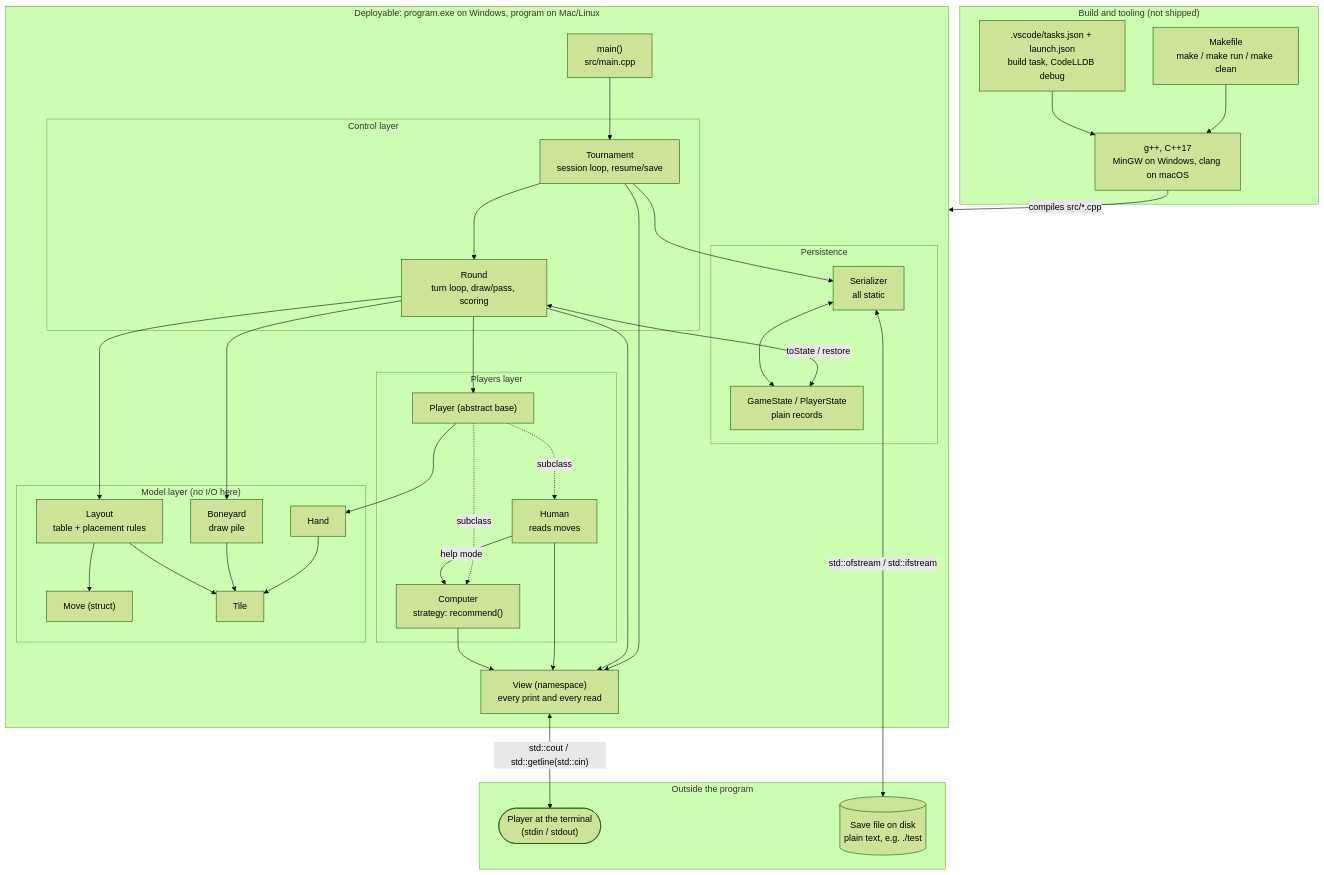
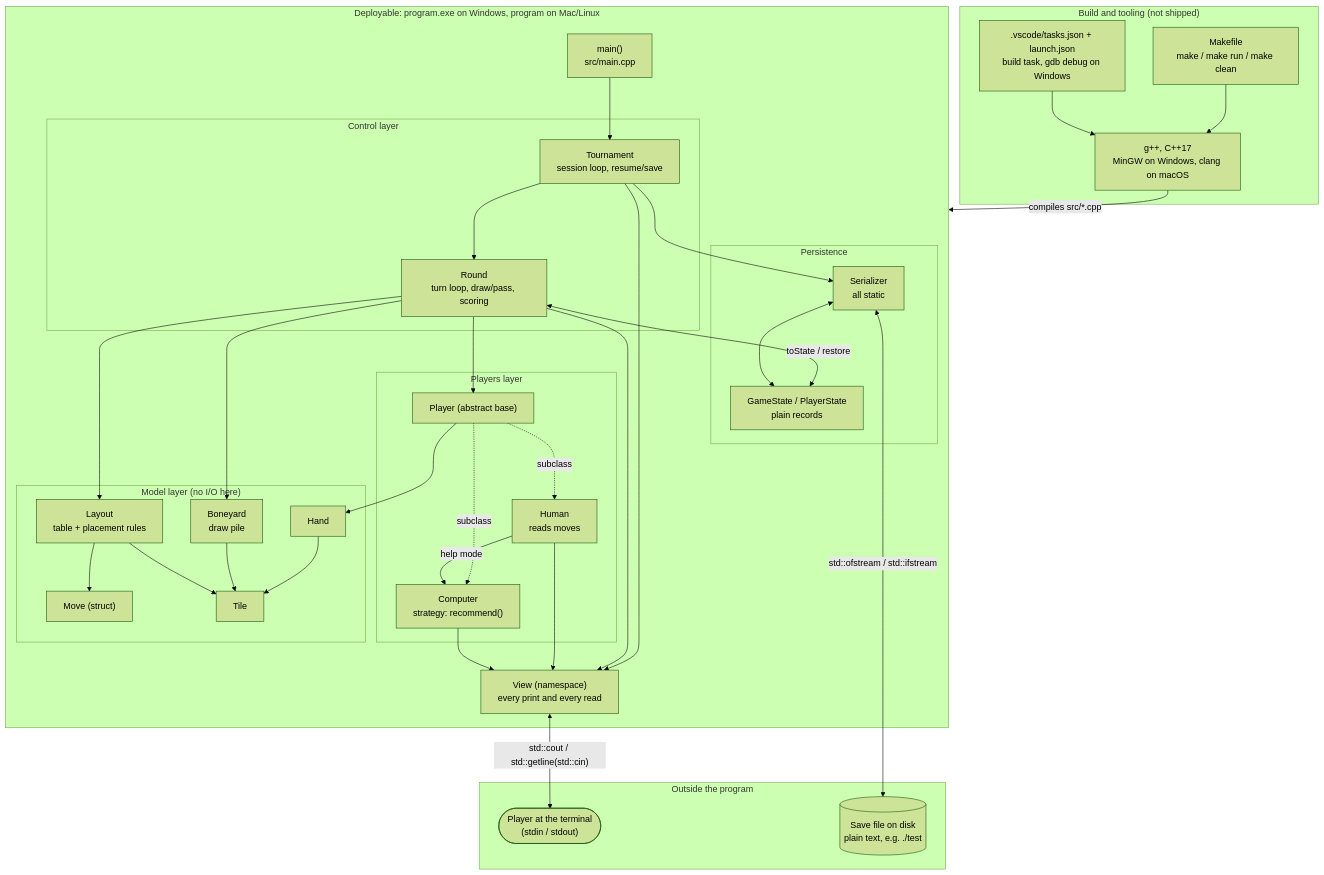
Before and after one commit to rome8721/Ahmed_Hira: the first of 3 diagrams in onboarding/diagrams/architecture.md, drawn with Mermaid (forest theme). The commit also changed 4 other files, not shown here.

````diff
--- a/onboarding/diagrams/architecture.md
+++ b/onboarding/diagrams/architecture.md
@@ -9,71 +9,71 @@
 ```mermaid
 flowchart TB
     subgraph OUTSIDE["Outside the program"]
         USER(["Player at the terminal<br/>(stdin / stdout)"])
         FILE[("Save file on disk<br/>plain text, e.g. ./test")]
     end
 
     subgraph BUILD["Build and tooling (not shipped)"]
         MK["Makefile<br/>make / make run / make clean"]
-        VSC[".vscode/tasks.json + launch.json<br/>build task, CodeLLDB debug"]
+        VSC[".vscode/tasks.json + launch.json<br/>build task, gdb debug on Windows"]
         CXX["g++, C++17<br/>MinGW on Windows, clang on macOS"]
         MK --> CXX
         VSC --> CXX
     end
 
     CXX -->|"compiles src/*.cpp"| EXE
 
     subgraph EXE["Deployable: program.exe on Windows, program on Mac/Linux"]
         MAIN["main()<br/>src/main.cpp"]
 
         subgraph CONTROL["Control layer"]
             TOUR["Tournament<br/>session loop, resume/save"]
             ROUND["Round<br/>turn loop, draw/pass, scoring"]
         end
 
         subgraph PLAYERS["Players layer"]
             PLAYER["Player (abstract base)"]
             HUMAN["Human<br/>reads moves"]
             COMP["Computer<br/>strategy: recommend()"]
         end
 
         subgraph MODEL["Model layer (no I/O here)"]
             LAYOUT["Layout<br/>table + placement rules"]
             BONE["Boneyard<br/>draw pile"]
             HAND["Hand"]
             MOVE["Move (struct)"]
             TILE["Tile"]
         end
 
         subgraph PERSIST["Persistence"]
             SER["Serializer<br/>all static"]
             GS["GameState / PlayerState<br/>plain records"]
         end
 
         VIEW["View (namespace)<br/>every print and every read"]
 
         MAIN --> TOUR
         TOUR --> ROUND
         TOUR --> SER
         ROUND --> PLAYER
         PLAYER -.->|"subclass"| HUMAN
         PLAYER -.->|"subclass"| COMP
         HUMAN -->|"help mode"| COMP
         ROUND --> LAYOUT
         ROUND --> BONE
         ROUND <-->|"toState / restore"| GS
         SER <--> GS
         PLAYER --> HAND
         HAND --> TILE
         BONE --> TILE
         LAYOUT --> TILE
         LAYOUT --> MOVE
         TOUR --> VIEW
         ROUND --> VIEW
         HUMAN --> VIEW
         COMP --> VIEW
     end
 
     VIEW <-->|"std::cout / std::getline(std::cin)"| USER
     SER <-->|"std::ofstream / std::ifstream"| FILE
 ```
````
